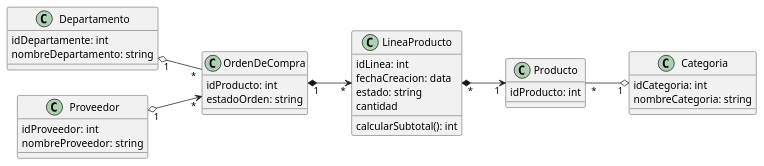
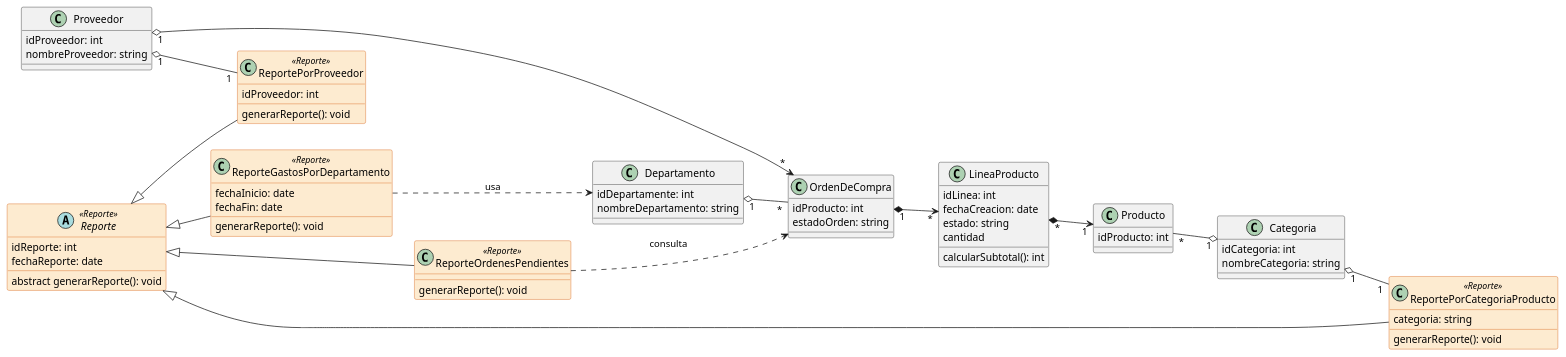
One commit to MiolaTomas/DiagramasUML changed the diagram in Gestion de Software/Actividad - Sistema Reportes Gestion de Compras/diagramaClases.plantuml. Above: the diagram before and after it, drawn with PlantUML.

Commit message:
diagrama de clases reportes

```diff
--- a/Gestion de Software/Actividad - Sistema Reportes Gestion de Compras/diagramaClases.plantuml
+++ b/Gestion de Software/Actividad - Sistema Reportes Gestion de Compras/diagramaClases.plantuml
@@ -1,48 +1,88 @@
 @startuml Gestion Ordenes de Compra
 left to right direction
+skinparam classAttributeIconSize 0
 
-class Producto{
+' Definición de colores para estereotipo <<Reporte>>
+skinparam classBackgroundColor<<Reporte>> #FDEBD0
+skinparam classBorderColor<<Reporte>> #D35400
+
+' ==== Clases Principales del Dominio ====
+class Producto {
     idProducto: int
 }
 
-class Categoria{
+class Categoria {
     idCategoria: int
     nombreCategoria: string
 }
 
-class Departamento{
+class Departamento {
     idDepartamente: int
     nombreDepartamento: string
 }
 
-class Proveedor{
+class Proveedor {
     idProveedor: int
     nombreProveedor: string
 }
 
-class OrdenDeCompra{
+class OrdenDeCompra {
     idProducto: int
     estadoOrden: string
 }
 
-class LineaProducto{
+class LineaProducto {
     idLinea: int
-    fechaCreacion: data
+    fechaCreacion: date
     estado: string
     cantidad
     calcularSubtotal(): int
 }
 
+' ==== Relaciones entre Clases Principales ====
 Producto "*" --o "1" Categoria
-OrdenDeCompra "1" *--> "*" LineaProducto 
+OrdenDeCompra "1" *--> "*" LineaProducto
 LineaProducto "*" *--> "1" Producto
-
-
-Departamento "1" o-- "*" OrdenDeCompra 
-
-' Una orden de compra se emite para un solo Proveedor
-' Un proveedor puede recibir varias ordenes de compra
-
+Departamento "1" o-- "*" OrdenDeCompra
 Proveedor "1" o--> "*" OrdenDeCompra
 
+' ==== Clases de Reportes con estereotipo <<Reporte>> ====
+abstract class Reporte <<Reporte>> {
+    idReporte: int
+    fechaReporte: date
+    abstract generarReporte(): void
+}
+
+class ReportePorProveedor <<Reporte>> {
+    idProveedor: int
+    generarReporte(): void
+}
+
+class ReportePorCategoriaProducto <<Reporte>> {
+    categoria: string
+    generarReporte(): void
+}
+
+class ReporteGastosPorDepartamento <<Reporte>> {
+    fechaInicio: date
+    fechaFin: date
+    generarReporte(): void
+}
+
+class ReporteOrdenesPendientes <<Reporte>> {
+    generarReporte(): void
+}
+
+' ==== Herencia de Reportes ====
+Reporte <|-- ReportePorProveedor
+Reporte <|-- ReportePorCategoriaProducto
+Reporte <|-- ReporteGastosPorDepartamento
+Reporte <|-- ReporteOrdenesPendientes
+
+' ==== Relaciones de Reportes con el Dominio ====
+Proveedor "1" o-- "1" ReportePorProveedor
+Categoria "1" o-- "1" ReportePorCategoriaProducto
+ReporteGastosPorDepartamento ..> Departamento : usa
+ReporteOrdenesPendientes ..> OrdenDeCompra : consulta
+
 @enduml
```
